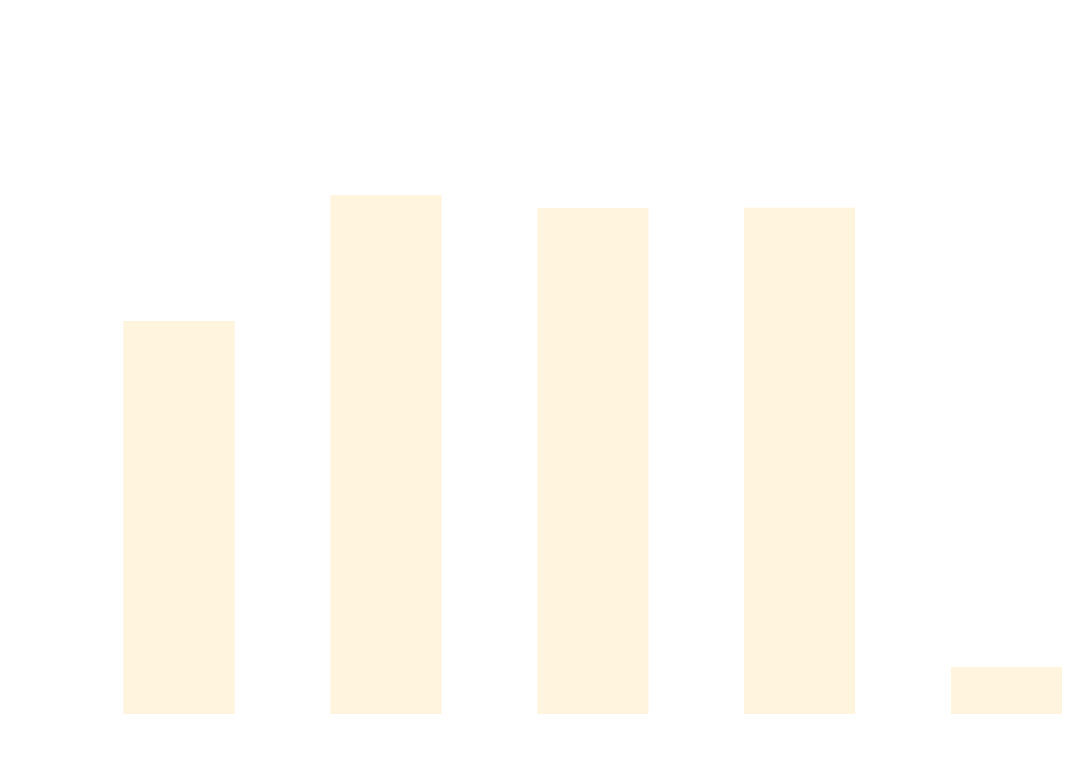
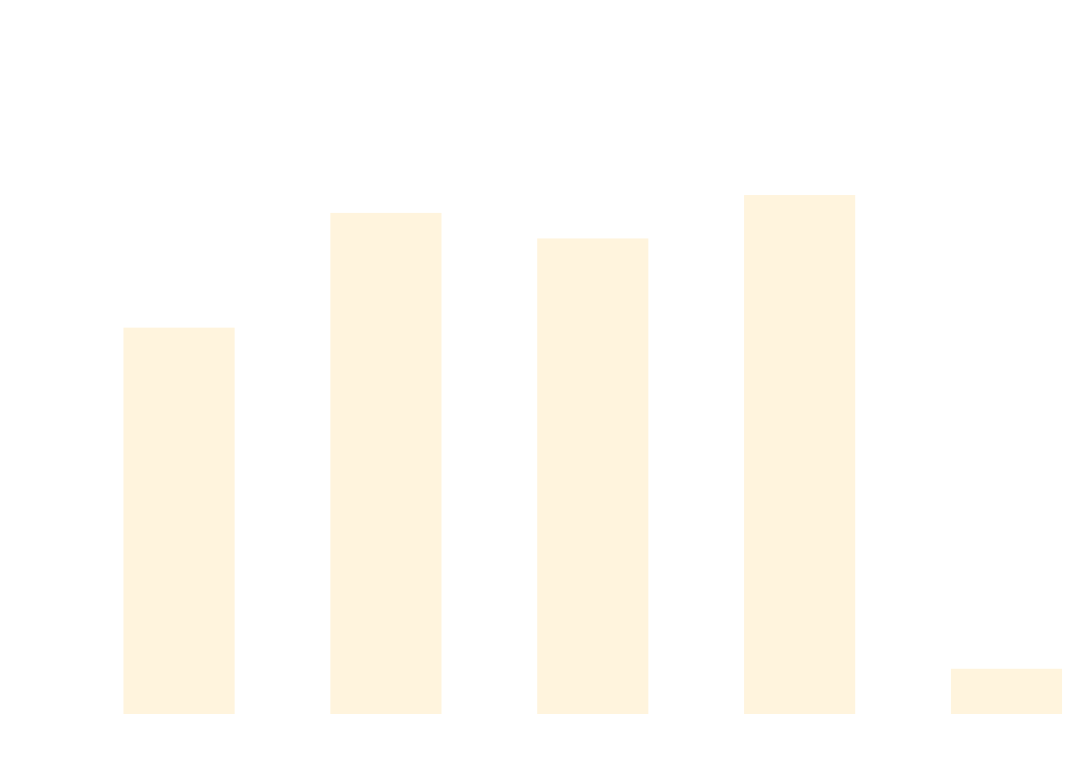
The diagram in docs/docs/benchmarks/ScaleTests.md (thomhurst/TUnit), drawn with Mermaid before and after one commit. The commit also changed other lines of this file and 17 other files, not shown here.

````diff
--- a/docs/docs/benchmarks/ScaleTests.md
+++ b/docs/docs/benchmarks/ScaleTests.md
@@ -27,37 +27,37 @@
 ```mermaid
 %%{init: {
   'theme':'base',
   'themeVariables': {
     'primaryColor': '#2563eb',
     'primaryTextColor': '#ffffff',
     'primaryBorderColor': '#1e40af',
     'lineColor': '#6b7280',
     'secondaryColor': '#7c3aed',
     'tertiaryColor': '#dc2626',
     'background': '#ffffff',
     'mainBkg': '#2563eb',
     'secondBkg': '#7c3aed',
     'tertiaryBkg': '#dc2626',
     'clusterBkg': '#f3f4f6',
     'edgeLabelBackground': '#ffffff',
     'tertiaryTextColor': '#1f2937',
     'pie1': '#2563eb',
     'pie2': '#7c3aed',
     'pie3': '#dc2626',
     'pie4': '#f59e0b',
     'pie5': '#10b981',
     'pie6': '#06b6d4',
     'pie7': '#ec4899',
     'pie8': '#6366f1',
     'pie9': '#84cc16',
     'pie10': '#f97316',
     'pie11': '#14b8a6',
     'pie12': '#a855f7'
   }
 }}%%
 xychart-beta
   title "ScaleTests Performance Comparison"
   x-axis ["TUnit", "NUnit", "MSTest", "xUnit3", "TUnit_AOT"]
-  y-axis "Time (ms)" 0 --> 715
-  bar [447.7, 595.62, 580.57, 580.98, 40.41]
+  y-axis "Time (ms)" 0 --> 756
+  bar [464.91, 607.71, 575.93, 629.95, 40.42]
 ```
````
